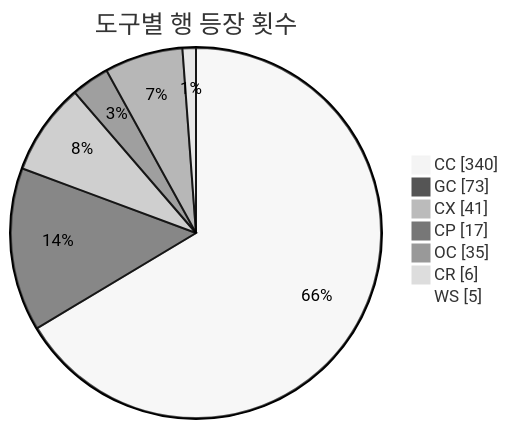
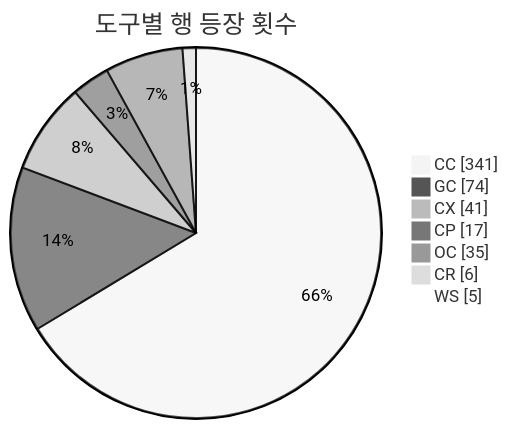
The second of 3 diagrams in README.md (J-nowcow/awesome-korean-agent-skills), drawn with Mermaid (neutral theme) before and after one commit. The commit also changed other lines of this file and 4 other files, not shown here.

````diff
--- a/README.md
+++ b/README.md
@@ -193,11 +193,11 @@
 ```mermaid
 pie showData
     title 도구별 행 등장 횟수
-    "CC" : 340
-    "GC" : 73
+    "CC" : 341
+    "GC" : 74
     "CX" : 41
     "CP" : 17
     "OC" : 35
     "CR" : 6
     "WS" : 5
 ```
````
